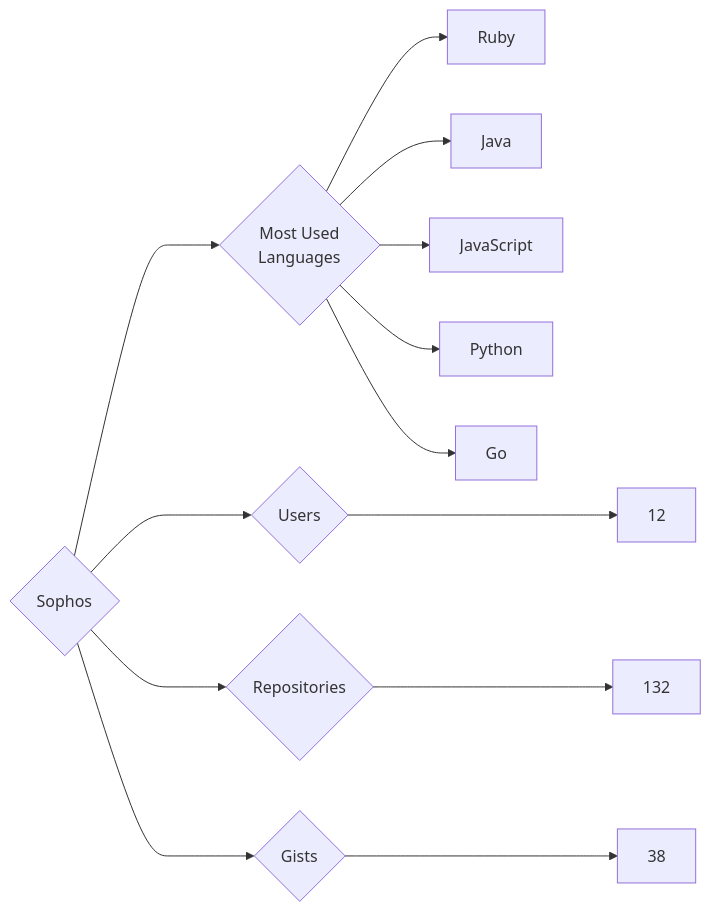
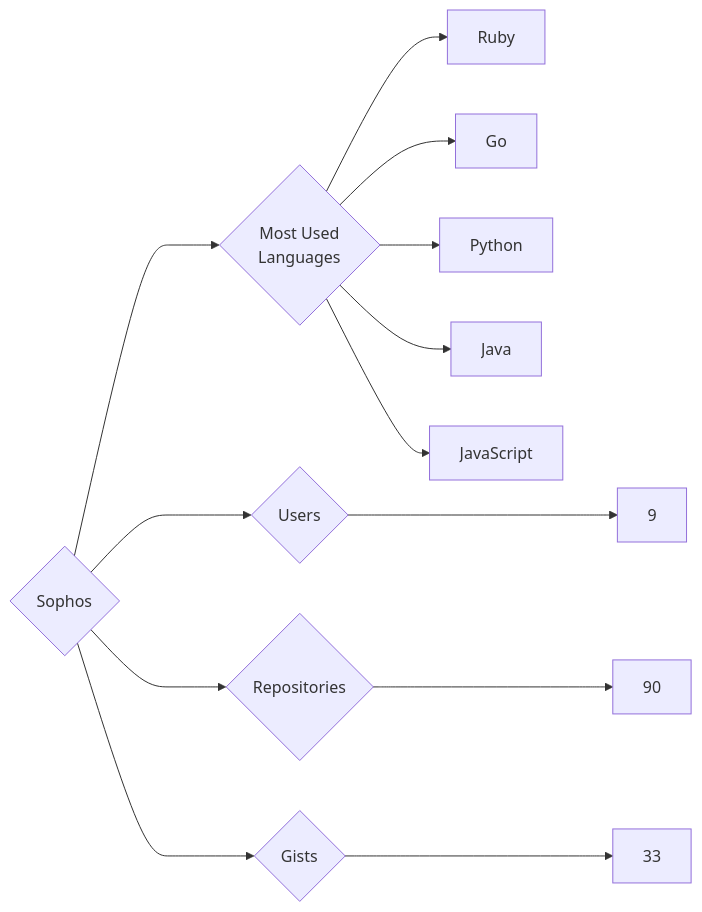
The diagram in targets/Sophos/README.md (trickest/insiders), drawn with Mermaid before and after one commit. The commit also changed 1479 other files, not shown here.

````diff
--- a/targets/Sophos/README.md
+++ b/targets/Sophos/README.md
@@ -3,13 +3,13 @@
 ```mermaid
 graph LR
 COMPANY_NAME{Sophos}
-COMPANY_NAME ---> U{Users} ---> UN[12]
-COMPANY_NAME ---> R{Repositories} ---> RN[132]
-COMPANY_NAME ---> G{Gists} ---> GN[38]
+COMPANY_NAME ---> U{Users} ---> UN[9]
+COMPANY_NAME ---> R{Repositories} ---> RN[90]
+COMPANY_NAME ---> G{Gists} ---> GN[33]
 COMPANY_NAME ---> ML{Most Used<br>Languages}
 ML --> Ruby[Ruby]
+ML --> Go[Go]
+ML --> Python[Python]
 ML --> Java[Java]
 ML --> JavaScript[JavaScript]
-ML --> Python[Python]
-ML --> Go[Go]
 ```
````
